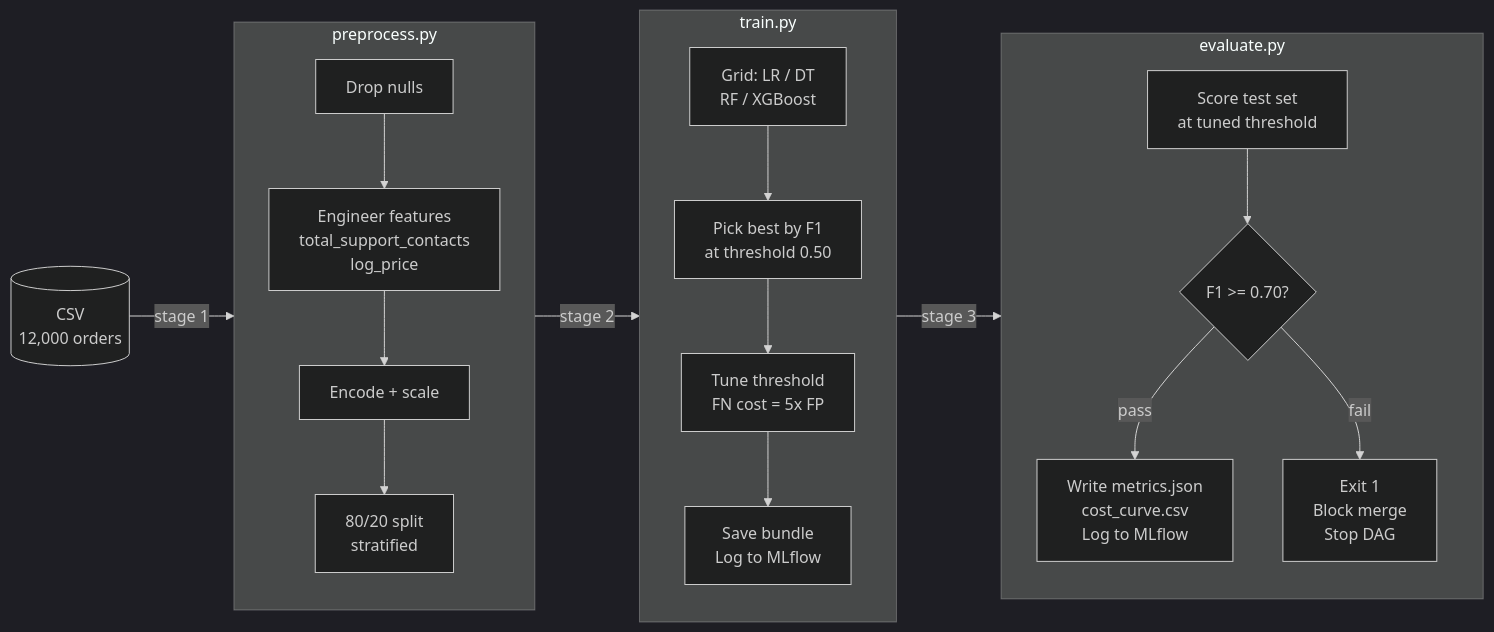
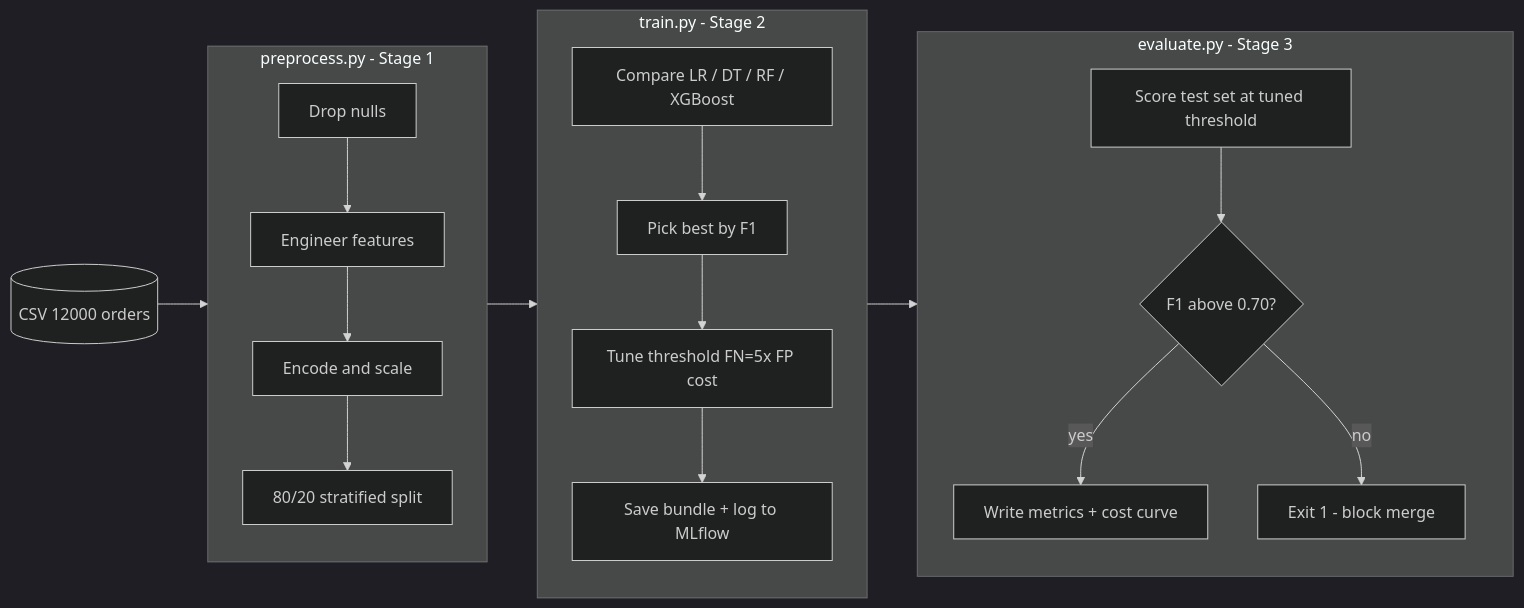
Before and after one commit to Amith-Ganta/MLOPS-mlflow-DagsHub-DVC-Airflow: the second of 6 diagrams in README.md, drawn with Mermaid (dark theme). The commit also changed other lines of this file, not shown here.

First line of the commit message:
docs: fix all 6 Mermaid diagrams for GitHub rendering

````diff
--- a/README.md
+++ b/README.md
@@ -71,22 +74,26 @@
 ```mermaid
 flowchart LR
-    RAW[(CSV\n12,000 orders)] -->|stage 1| PRE
+    RAW[(CSV 12000 orders)] --> PRE
 
-    subgraph PRE ["preprocess.py"]
-        P1[Drop nulls] --> P2[Engineer features\ntotal_support_contacts\nlog_price] --> P3[Encode + scale] --> P4[80/20 split\nstratified]
+    subgraph PRE [preprocess.py - Stage 1]
+        P1[Drop nulls] --> P2[Engineer features]
+        P2 --> P3[Encode and scale]
+        P3 --> P4[80/20 stratified split]
     end
 
-    PRE -->|stage 2| TRAIN
+    PRE --> TRAIN
 
-    subgraph TRAIN ["train.py"]
-        T1[Grid: LR / DT\nRF / XGBoost] --> T2[Pick best by F1\nat threshold 0.50] --> T3[Tune threshold\nFN cost = 5x FP] --> T4[Save bundle\nLog to MLflow]
+    subgraph TRAIN [train.py - Stage 2]
+        T1[Compare LR / DT / RF / XGBoost] --> T2[Pick best by F1]
+        T2 --> T3[Tune threshold FN=5x FP cost]
+        T3 --> T4[Save bundle + log to MLflow]
     end
 
-    TRAIN -->|stage 3| EVAL
+    TRAIN --> EVAL
 
-    subgraph EVAL ["evaluate.py"]
-        E1[Score test set\nat tuned threshold] --> E2{F1 >= 0.70?}
-        E2 -->|pass| E3[Write metrics.json\ncost_curve.csv\nLog to MLflow]
-        E2 -->|fail| E4[Exit 1\nBlock merge\nStop DAG]
+    subgraph EVAL [evaluate.py - Stage 3]
+        E1[Score test set at tuned threshold] --> E2{F1 above 0.70?}
+        E2 -->|yes| E3[Write metrics + cost curve]
+        E2 -->|no| E4[Exit 1 - block merge]
     end
 ```
````
